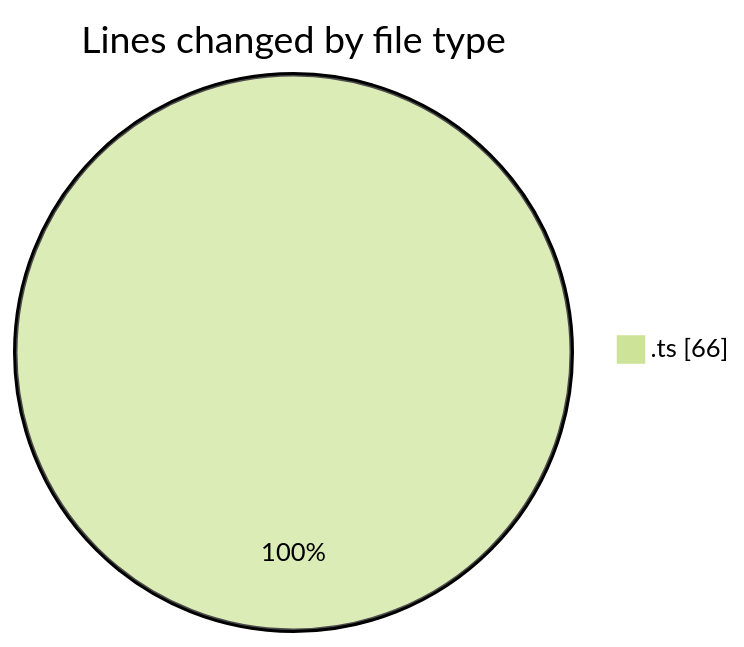
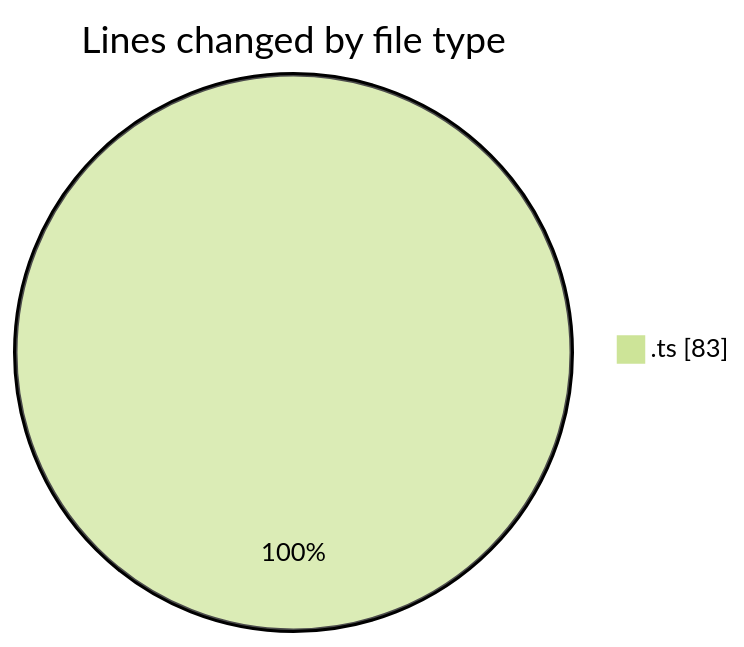
One commit to EIIisD/code-tracking changed the first of 2 diagrams in 2025-08-18/claudecraft/README.md. Above: the diagram before and after it, drawn with Mermaid (forest theme). The commit also changed other lines of this file and 1 other file, not shown here.

````diff
--- a/2025-08-18/claudecraft/README.md
+++ b/2025-08-18/claudecraft/README.md
@@ -20,5 +20,5 @@
 ```mermaid
 pie showData
 title Lines changed by file type
-".ts" : 66
+".ts" : 83
 ```
````
